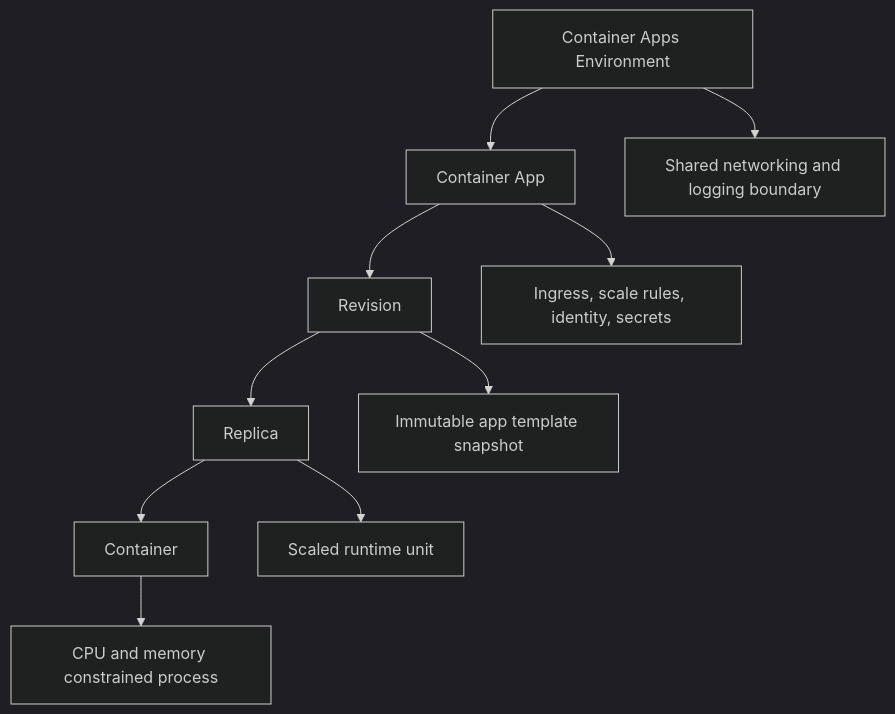
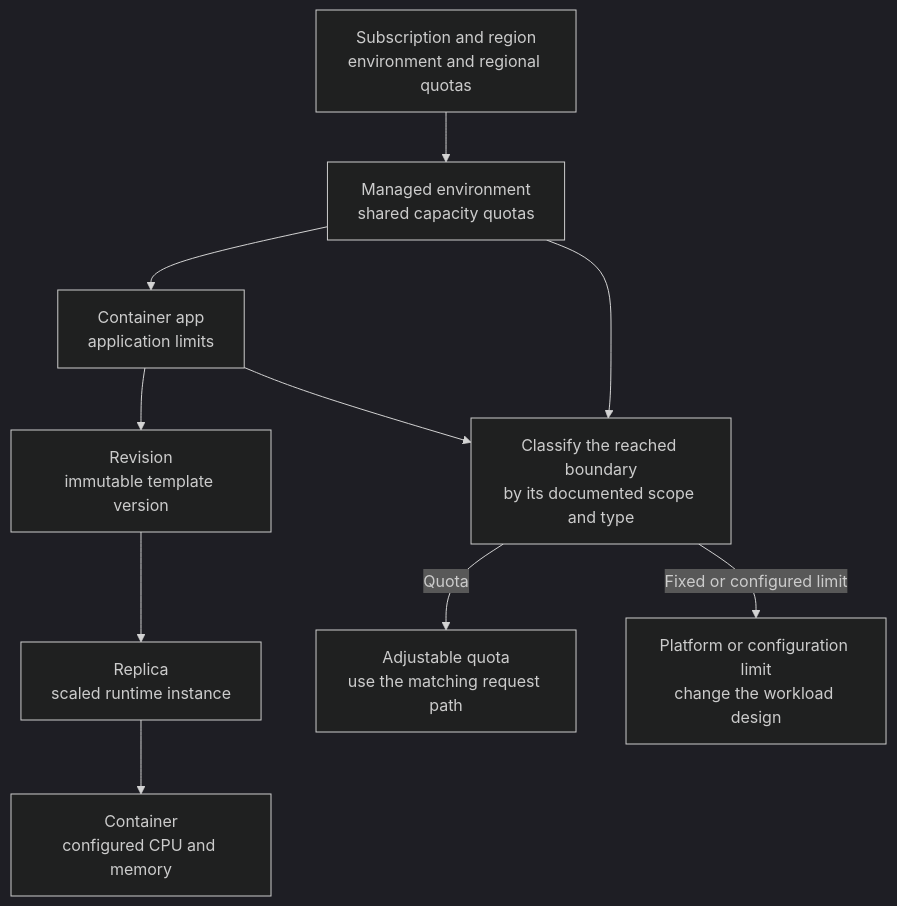
The diagram in docs/reference/platform-limits.md (yeongseon/azure-container-apps-practical-guide), drawn with Mermaid (dark theme) before and after one commit. The commit also changed other lines of this file and 8 other files, not shown here.

Commit message:
docs(diagrams): migrate start and reference diagrams (#618)

````diff
--- a/docs/reference/platform-limits.md
+++ b/docs/reference/platform-limits.md
@@ -34,13 +26,25 @@
 ```mermaid
 flowchart TD
-    A[Container Apps Environment] --> B[Container App]
-    B --> C[Revision]
-    C --> D[Replica]
-    D --> E[Container]
+    accTitle: Container Apps quota scopes and runtime limit hierarchy
+    accDescr: Subscription-region quotas constrain environment creation, managed-environment quotas constrain shared capacity, and app or runtime limits constrain an app, revision, replica, or container. Identify the affected scope before requesting quota or changing workload design.
 
-    A --> A1[Shared networking and logging boundary]
-    B --> B1[Ingress, scale rules, identity, secrets]
-    C --> C1[Immutable app template snapshot]
-    D --> D1[Scaled runtime unit]
-    E --> E1[CPU and memory constrained process]
+    SUBSCRIPTION[Subscription and region<br/>environment and regional quotas]
+    ENVIRONMENT[Managed environment<br/>shared capacity quotas]
+    APP[Container app<br/>application limits]
+    REVISION[Revision<br/>immutable template version]
+    REPLICA[Replica<br/>scaled runtime instance]
+    CONTAINER[Container<br/>configured CPU and memory]
+    REQUEST[Classify the reached boundary<br/>by its documented scope and type]
+    QUOTA[Adjustable quota<br/>use the matching request path]
+    LIMIT[Platform or configuration limit<br/>change the workload design]
+
+    SUBSCRIPTION --> ENVIRONMENT
+    ENVIRONMENT --> APP
+    APP --> REVISION
+    REVISION --> REPLICA
+    REPLICA --> CONTAINER
+    ENVIRONMENT --> REQUEST
+    APP --> REQUEST
+    REQUEST -->|Quota| QUOTA
+    REQUEST -->|Fixed or configured limit| LIMIT
 ```
````
